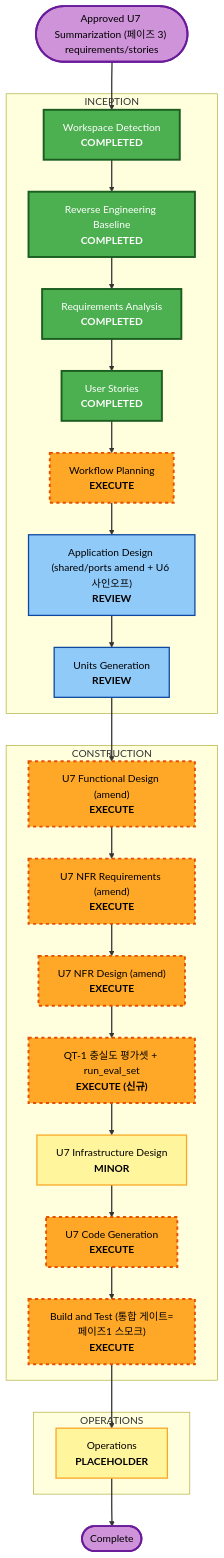
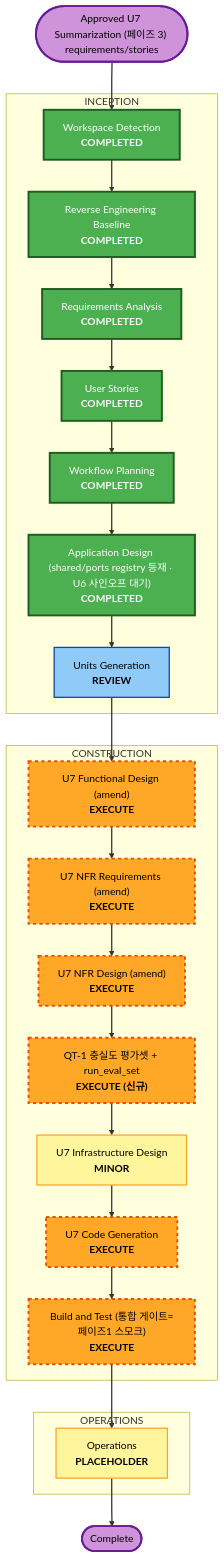
One commit to 80-hours-a-week/DocSuri changed the diagram in aidlc-docs/inception/plans/u7-summarization-workflow-plan.md. Above: the diagram before and after it, drawn with Mermaid. The commit also changed other lines of this file and 2 other files, not shown here.

Commit message:
feat(u7·shared): grounding validator 레지스트리 추가 — 도메인-중립 카탈로그(D3)
페이즈 3 Application Design — 검색·요약 근거화 validator를 도메인별로
카탈로그화하는 GroundingValidatorRegistry를 shared/ports에 가산 추가한다.

- shared/ports.py: GroundingValidatorRegistry·ValidatorRegistration·
  GroundingDomain(search|summary|agent)·GroundingAuthority 신설.
  검색 enforce(candidate↔record SET)와 요약 validate(GroundingInput→
  AnchorVerdict)는 시그니처가 달라 공통 메서드로 통합하지 않고
  validator:object로 카탈로그화(shared는 유닛 구상 타입 비import).
  register() 가드로 enforcement 권위=search 단독을 런타임 강제
  (단일 근거화 권위=검색 한정). enforce/get_budget_state FROZEN·
  유일 invocation site 무변경.
- ports.md §2.1 신설(타입 카드·U6 사인오프 포인트 3개)+§5 정합 —
  기존 §2 설계 주석을 정식 계약으로 승격.
- u7 워크플로 플랜 AD 단계 COMPLETED 백싱크(U6 사인오프 대기).

검증: 등재·조회·가드 스모크·기존 shared 테스트 통과·ruff clean.

````diff
--- a/aidlc-docs/inception/plans/u7-summarization-workflow-plan.md
+++ b/aidlc-docs/inception/plans/u7-summarization-workflow-plan.md
@@ -50,51 +50,51 @@
 ```mermaid
 flowchart TD
     Start(["Approved U7 Summarization (페이즈 3) requirements/stories"])
 
     subgraph INCEPTION["INCEPTION"]
         WD["Workspace Detection<br/><b>COMPLETED</b>"]
         RE["Reverse Engineering Baseline<br/><b>COMPLETED</b>"]
         RA["Requirements Analysis<br/><b>COMPLETED</b>"]
         US["User Stories<br/><b>COMPLETED</b>"]
-        WP["Workflow Planning<br/><b>EXECUTE</b>"]
-        AD["Application Design (shared/ports amend + U6 사인오프)<br/><b>REVIEW</b>"]
+        WP["Workflow Planning<br/><b>COMPLETED</b>"]
+        AD["Application Design (shared/ports registry 등재 · U6 사인오프 대기)<br/><b>COMPLETED</b>"]
         UG["Units Generation<br/><b>REVIEW</b>"]
     end
 
     subgraph CONSTRUCTION["CONSTRUCTION"]
         FD["U7 Functional Design (amend)<br/><b>EXECUTE</b>"]
         NFRA["U7 NFR Requirements (amend)<br/><b>EXECUTE</b>"]
         NFRD["U7 NFR Design (amend)<br/><b>EXECUTE</b>"]
         EVAL["QT-1 충실도 평가셋 + run_eval_set<br/><b>EXECUTE (신규)</b>"]
         ID["U7 Infrastructure Design<br/><b>MINOR</b>"]
         CG["U7 Code Generation<br/><b>EXECUTE</b>"]
         BT["Build and Test (통합 게이트=페이즈1 스모크)<br/><b>EXECUTE</b>"]
     end
 
     subgraph OPERATIONS["OPERATIONS"]
         OPS["Operations<br/><b>PLACEHOLDER</b>"]
     end
 
     Start --> WD --> RE --> RA --> US --> WP --> AD --> UG
     UG --> FD --> NFRA --> NFRD --> EVAL --> ID --> CG --> BT --> OPS --> End(["Complete"])
 
     style WD fill:#4CAF50,stroke:#1B5E20,stroke-width:3px,color:#fff
     style RE fill:#4CAF50,stroke:#1B5E20,stroke-width:3px,color:#fff
     style RA fill:#4CAF50,stroke:#1B5E20,stroke-width:3px,color:#fff
     style US fill:#4CAF50,stroke:#1B5E20,stroke-width:3px,color:#fff
-    style WP fill:#FFA726,stroke:#E65100,stroke-width:3px,stroke-dasharray: 5 5,color:#000
-    style AD fill:#90CAF9,stroke:#0D47A1,stroke-width:2px,color:#000
+    style WP fill:#4CAF50,stroke:#1B5E20,stroke-width:3px,color:#fff
+    style AD fill:#4CAF50,stroke:#1B5E20,stroke-width:3px,color:#fff
     style UG fill:#90CAF9,stroke:#0D47A1,stroke-width:2px,color:#000
     style FD fill:#FFA726,stroke:#E65100,stroke-width:3px,stroke-dasharray: 5 5,color:#000
     style NFRA fill:#FFA726,stroke:#E65100,stroke-width:3px,stroke-dasharray: 5 5,color:#000
     style NFRD fill:#FFA726,stroke:#E65100,stroke-width:3px,stroke-dasharray: 5 5,color:#000
     style EVAL fill:#FFA726,stroke:#E65100,stroke-width:3px,stroke-dasharray: 5 5,color:#000
     style ID fill:#FFF59D,stroke:#F9A825,stroke-width:2px,color:#000
     style CG fill:#FFA726,stroke:#E65100,stroke-width:3px,stroke-dasharray: 5 5,color:#000
     style BT fill:#FFA726,stroke:#E65100,stroke-width:3px,stroke-dasharray: 5 5,color:#000
     style OPS fill:#FFF59D,stroke:#F9A825,stroke-width:2px,color:#000
     style Start fill:#CE93D8,stroke:#6A1B9A,stroke-width:3px,color:#000
     style End fill:#CE93D8,stroke:#6A1B9A,stroke-width:3px,color:#000
 
     linkStyle default stroke:#333,stroke-width:2px
 ```
````
